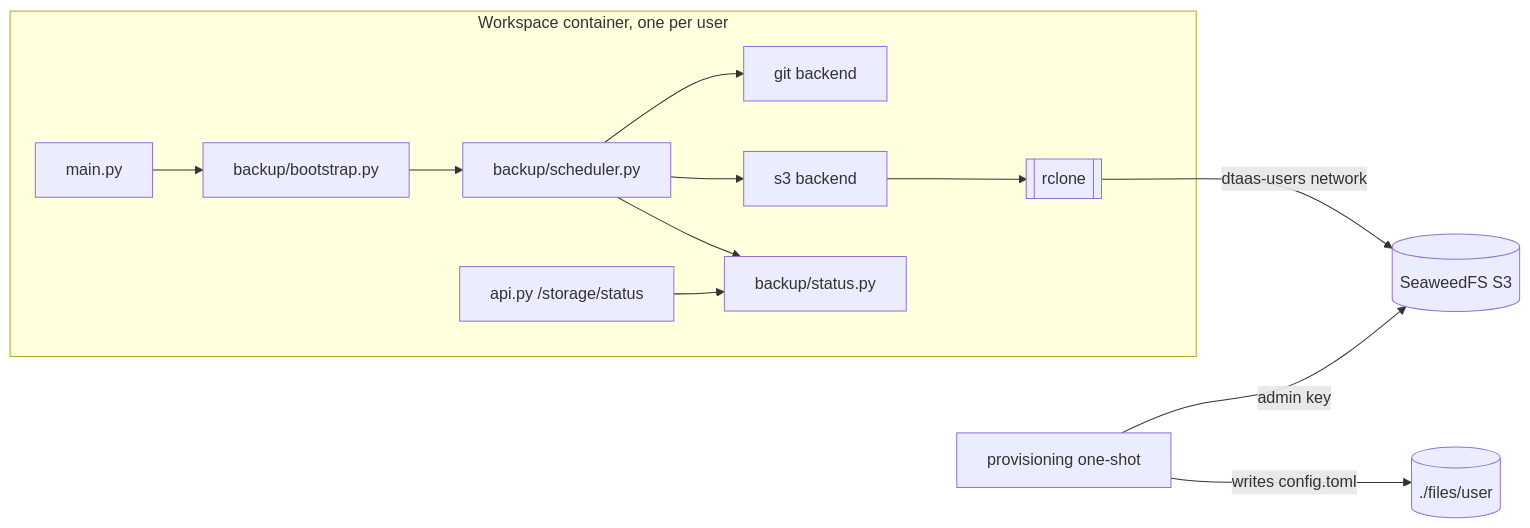
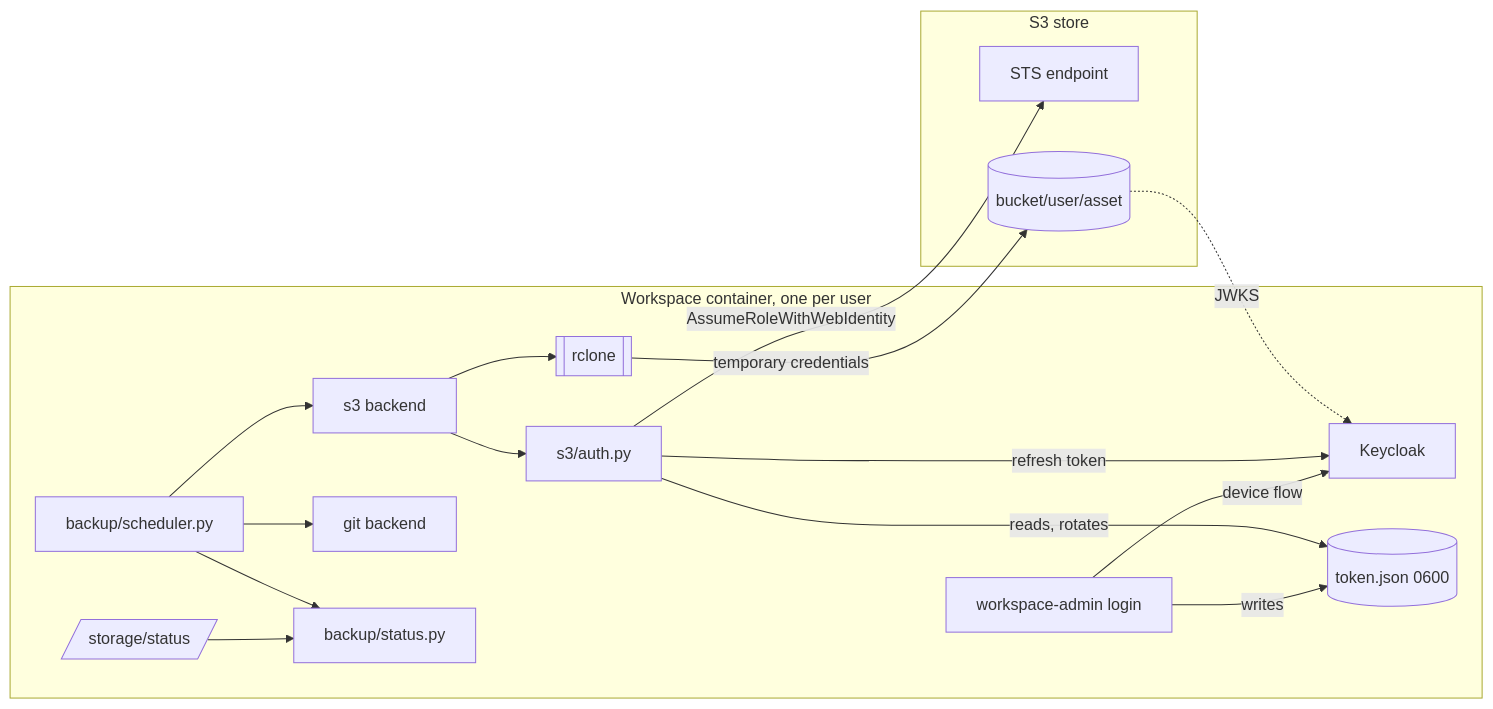
Before and after one commit to INTO-CPS-Association/workspace: the diagram in docs/plans/102-s3-backup.md, drawn with Mermaid. The commit also changed other lines of this file and 2 other files, not shown here.

First line of the commit message:
Plan OIDC login and provider-neutral S3 backup

````diff
--- a/docs/plans/102-s3-backup.md
+++ b/docs/plans/102-s3-backup.md
@@ -29,15 +26,22 @@
 ```mermaid
 flowchart LR
     subgraph ws[Workspace container, one per user]
-        main[main.py] --> boot[backup/bootstrap.py]
-        boot --> sched[backup/scheduler.py]
+        login[workspace-admin login] -- device flow --> kc
+        login -- writes --> tok[(token.json 0600)]
+        sched[backup/scheduler.py] --> s3b[s3 backend]
         sched --> gitb[git backend]
-        sched --> s3b[s3 backend]
-        sched --> status[backup/status.py]
-        api[api.py /storage/status] --> status
+        s3b --> auth[s3/auth.py]
+        auth -- reads, rotates --> tok
         s3b --> rclone[[rclone]]
+        api[/storage/status/] --> status[backup/status.py]
+        sched --> status
     end
-    rclone -- dtaas-users network --> sw[(SeaweedFS S3)]
-    prov[provisioning one-shot] -- admin key --> sw
-    prov -- writes config.toml --> files[(./files/user)]
+    auth -- refresh token --> kc[Keycloak]
+    auth -- AssumeRoleWithWebIdentity --> sts
+    rclone -- temporary credentials --> sw
+    subgraph store[S3 store]
+        sts[STS endpoint]
+        sw[(bucket/user/asset)]
+    end
+    sw -. JWKS .-> kc
 ```
````
